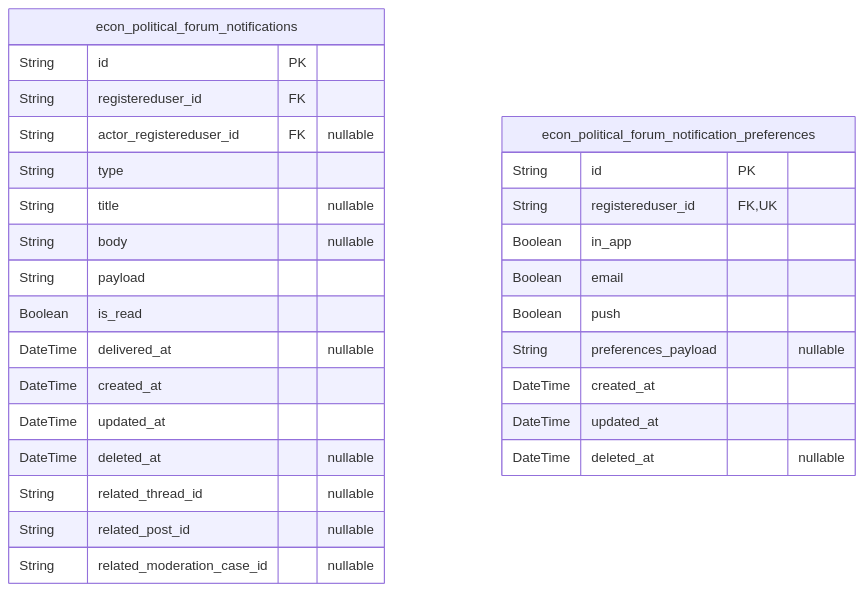
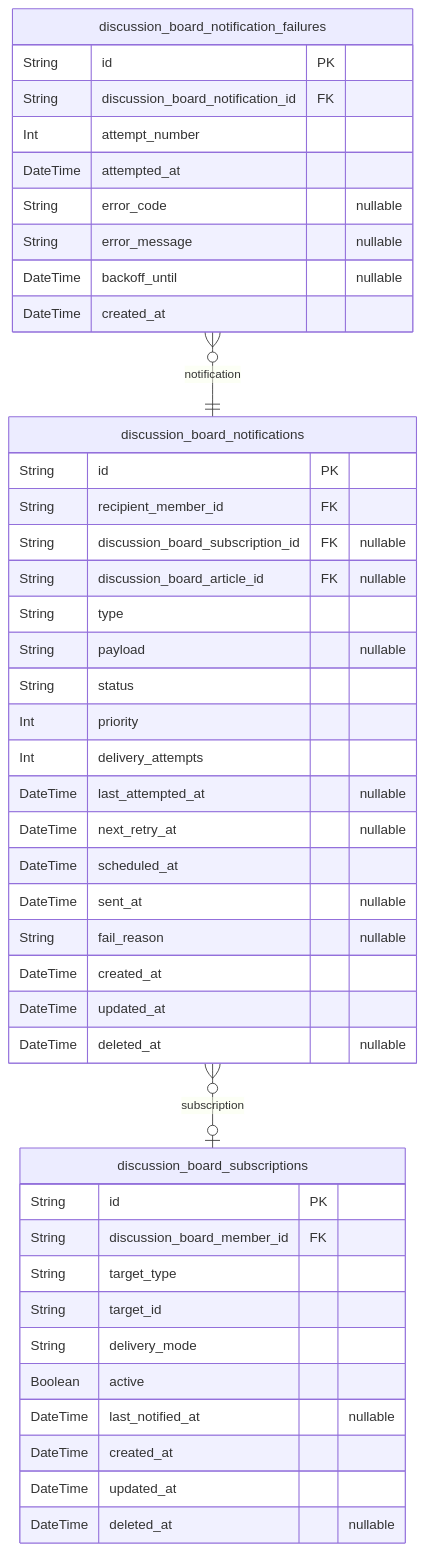
The sixth of 7 diagrams in openai/gpt-5-mini/bbs/docs/ERD.md (wrtnlabs/autobe-examples), drawn with Mermaid before and after one commit. The commit also changed other lines of this file and 16146 other files, not shown here.

````diff
--- a/openai/gpt-5-mini/bbs/docs/ERD.md
+++ b/openai/gpt-5-mini/bbs/docs/ERD.md
@@ -824,31 +754,46 @@
 ```mermaid
 erDiagram
-"econ_political_forum_notifications" {
+"discussion_board_subscriptions" {
   String id PK
-  String registereduser_id FK
-  String actor_registereduser_id FK "nullable"
-  String type
-  String title "nullable"
-  String body "nullable"
-  String payload
-  Boolean is_read
-  DateTime delivered_at "nullable"
-  DateTime created_at
-  DateTime updated_at
-  DateTime deleted_at "nullable"
-  String related_thread_id "nullable"
-  String related_post_id "nullable"
-  String related_moderation_case_id "nullable"
-}
-"econ_political_forum_notification_preferences" {
-  String id PK
-  String registereduser_id FK,UK
-  Boolean in_app
-  Boolean email
-  Boolean push
-  String preferences_payload "nullable"
+  String discussion_board_member_id FK
+  String target_type
+  String target_id
+  String delivery_mode
+  Boolean active
+  DateTime last_notified_at "nullable"
   DateTime created_at
   DateTime updated_at
   DateTime deleted_at "nullable"
 }
+"discussion_board_notifications" {
+  String id PK
+  String recipient_member_id FK
+  String discussion_board_subscription_id FK "nullable"
+  String discussion_board_article_id FK "nullable"
+  String type
+  String payload "nullable"
+  String status
+  Int priority
+  Int delivery_attempts
+  DateTime last_attempted_at "nullable"
+  DateTime next_retry_at "nullable"
+  DateTime scheduled_at
+  DateTime sent_at "nullable"
+  String fail_reason "nullable"
+  DateTime created_at
+  DateTime updated_at
+  DateTime deleted_at "nullable"
+}
+"discussion_board_notification_failures" {
+  String id PK
+  String discussion_board_notification_id FK
+  Int attempt_number
+  DateTime attempted_at
+  String error_code "nullable"
+  String error_message "nullable"
+  DateTime backoff_until "nullable"
+  DateTime created_at
+}
+"discussion_board_notifications" }o--o| "discussion_board_subscriptions" : subscription
+"discussion_board_notification_failures" }o--|| "discussion_board_notifications" : notification
 ```
````
